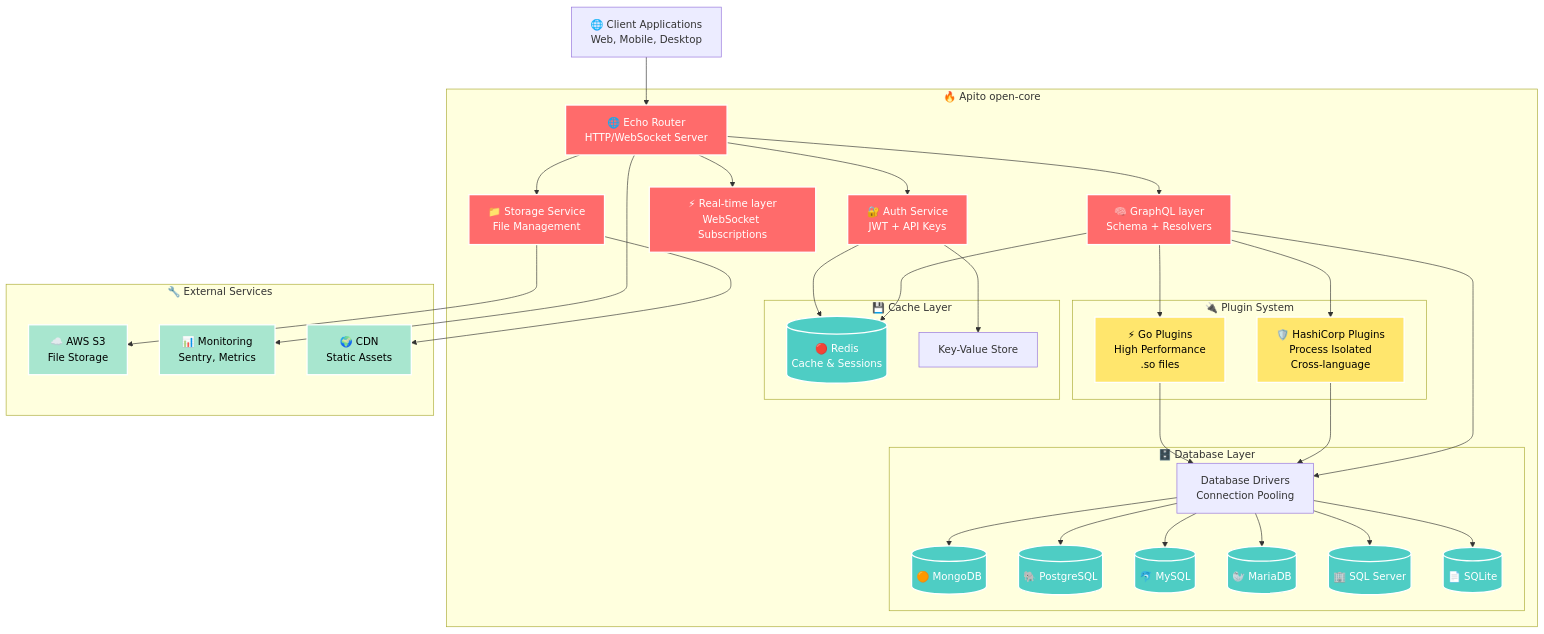
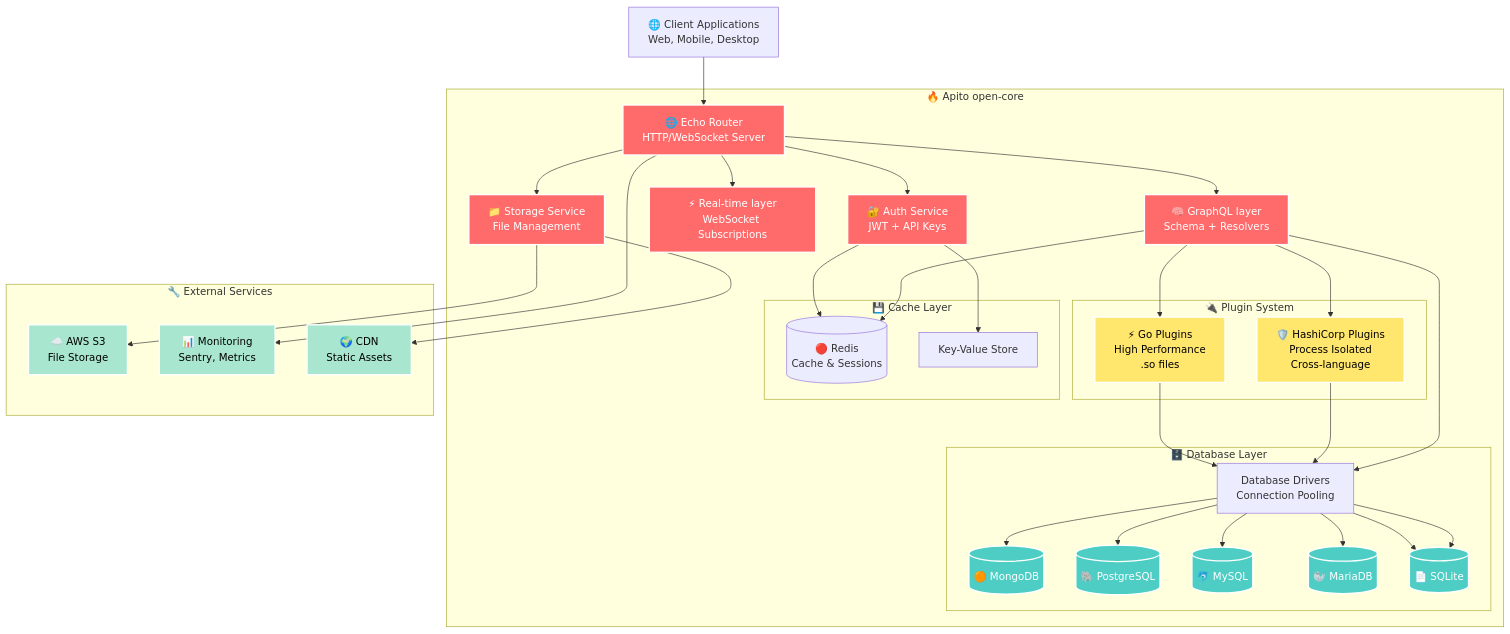
One commit to apito-io/engine changed the diagram in README.md. Above: the diagram before and after it, drawn with Mermaid. The commit also changed other lines of this file and 11 other files, not shown here.

````diff
--- a/README.md
+++ b/README.md
@@ -224,7 +137,6 @@
             PostgreSQL[(🐘 PostgreSQL)]
             MySQL[(🐬 MySQL)]
             MariaDB[(🦭 MariaDB)]
-            MSSQL[(🏢 SQL Server)]
             SQLite[(📄 SQLite)]
         end
 
@@ -266,7 +178,7 @@
     DBDrivers --> PostgreSQL
     DBDrivers --> MySQL
     DBDrivers --> MariaDB
-    DBDrivers --> MSSQL
+    DBDrivers --> SQLite
     DBDrivers --> SQLite
 
     %% Cache connections
@@ -285,7 +197,7 @@
     classDef external fill:#a8e6cf,stroke:#ffffff,stroke-width:2px,color:#000000
 
     class Router,Auth,GraphQL,Realtime,Storage openCoreNode
-    class MongoDB,PostgreSQL,MySQL,MariaDB,MSSQL,SQLite,Redis database
+    class MongoDB,PostgreSQL,MySQL,MariaDB,SQLite database
     class GoPlugins,HCPlugins plugin
     class S3,Monitoring,CDN external
 ```
````
